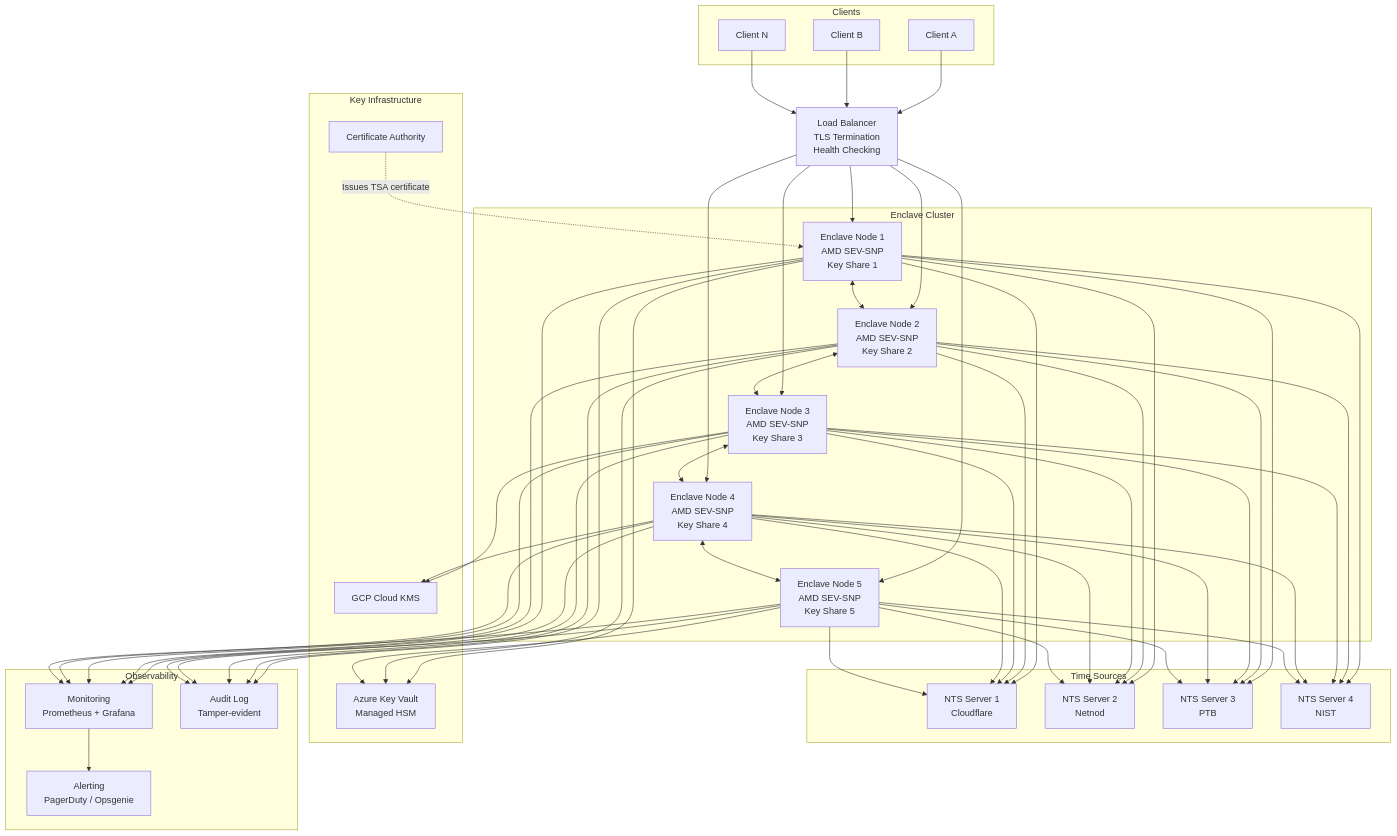
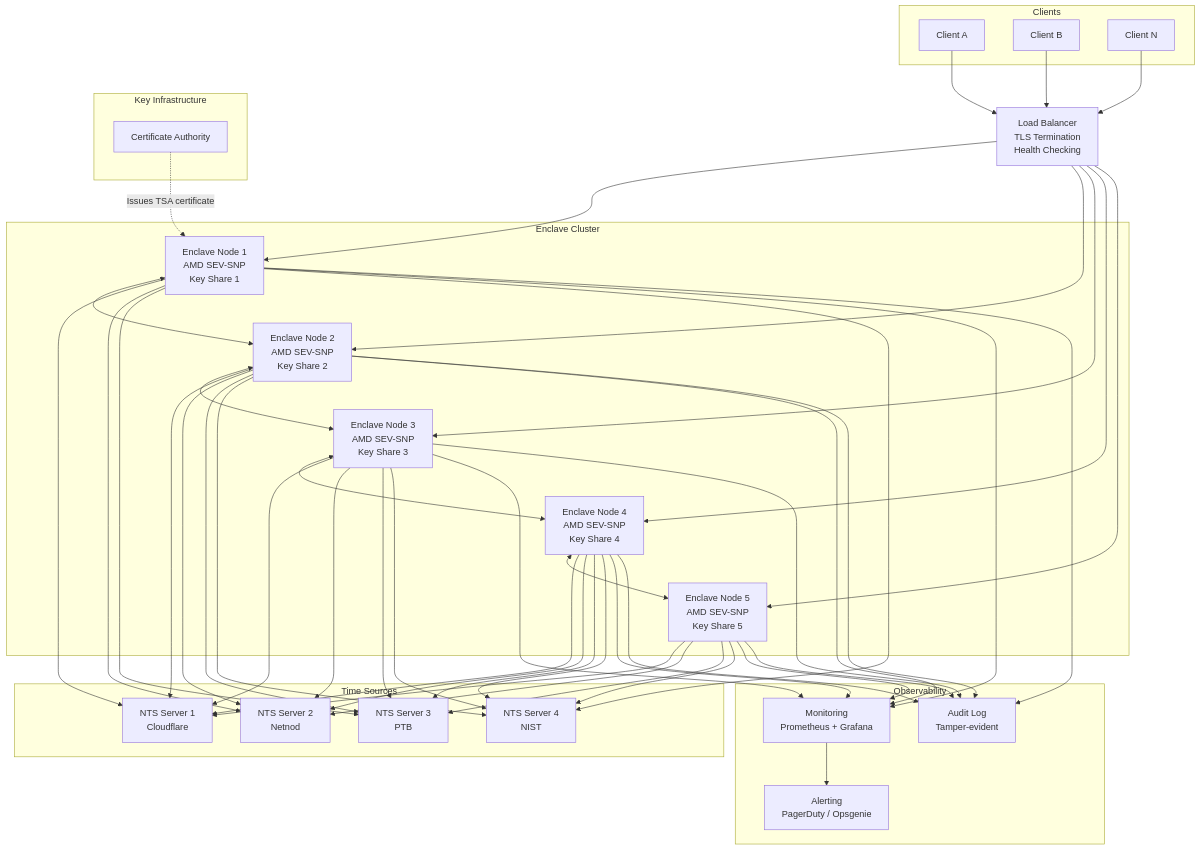
Before and after one commit to NickBorgers/confidential-computing-tsa: the first of 4 diagrams in docs/01-architecture-overview.md, drawn with Mermaid. The commit also changed other lines of this file and 2 other files, not shown here.

First line of the commit message:
Adopt immutable software + ephemeral key model (Phase 1)

````diff
--- a/docs/01-architecture-overview.md
+++ b/docs/01-architecture-overview.md
@@ -74,49 +75,44 @@
 ```mermaid
 graph TB
     subgraph Clients
         C1[Client A]
         C2[Client B]
         CN[Client N]
     end
 
     LB[Load Balancer<br/>TLS Termination<br/>Health Checking]
 
     subgraph Enclave Cluster
         E1[Enclave Node 1<br/>AMD SEV-SNP<br/>Key Share 1]
         E2[Enclave Node 2<br/>AMD SEV-SNP<br/>Key Share 2]
         E3[Enclave Node 3<br/>AMD SEV-SNP<br/>Key Share 3]
         E4[Enclave Node 4<br/>AMD SEV-SNP<br/>Key Share 4]
         E5[Enclave Node 5<br/>AMD SEV-SNP<br/>Key Share 5]
     end
 
     subgraph Time Sources
         NTS1[NTS Server 1<br/>Cloudflare]
         NTS2[NTS Server 2<br/>Netnod]
         NTS3[NTS Server 3<br/>PTB]
         NTS4[NTS Server 4<br/>NIST]
     end
 
     subgraph Key Infrastructure
-        KMS1[Azure Key Vault<br/>Managed HSM]
-        KMS2[GCP Cloud KMS]
         CA[Certificate Authority]
     end
 
     subgraph Observability
         MON[Monitoring<br/>Prometheus + Grafana]
         ALERT[Alerting<br/>PagerDuty / Opsgenie]
         LOG[Audit Log<br/>Tamper-evident]
     end
 
     C1 & C2 & CN --> LB
     LB --> E1 & E2 & E3 & E4 & E5
     E1 <--> E2 <--> E3 <--> E4 <--> E5
     E1 & E2 & E3 & E4 & E5 --> NTS1 & NTS2 & NTS3 & NTS4
-    E1 & E2 --> KMS1
-    E3 & E4 --> KMS2
-    E5 --> KMS1
     CA -.->|Issues TSA certificate| E1
     E1 & E2 & E3 & E4 & E5 --> MON
     MON --> ALERT
     E1 & E2 & E3 & E4 & E5 --> LOG
 ```
````
